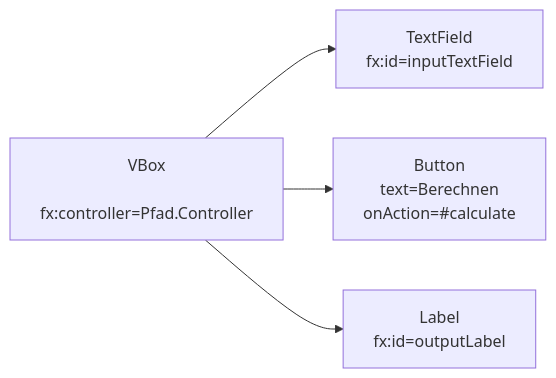
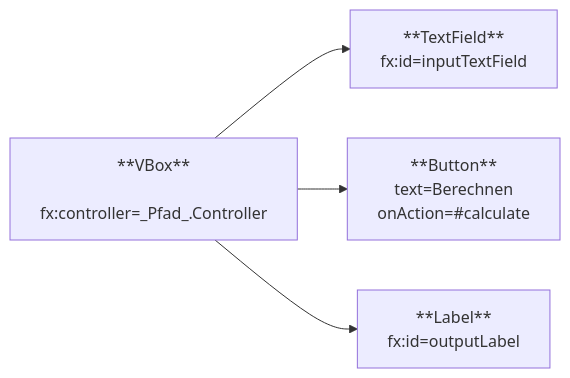
The second of 2 diagrams in docs/exercises/javafx/javafx05.md (jappuccini/java-docs), drawn with Mermaid before and after one commit. The commit also changed other lines of this file and 7 other files, not shown here.

Commit message:
Fix Mermaid for JavaFX Exercises

````diff
--- a/docs/exercises/javafx/javafx05.md
+++ b/docs/exercises/javafx/javafx05.md
@@ -53,16 +44,15 @@
 ```mermaid
 flowchart LR
-	vbox[VBox
-	     fx:controller=Pfad.Controller]
-	textfield[TextField
-	          fx:id=inputTextField]
-	button[Button
-	       text=Berechnen
-	       onAction=#calculate]
-	label[Label
-	      fx:id=outputLabel]
-
-    vbox --> textfield
-    vbox --> button
-    vbox --> label
+   vbox[**VBox**
+   fx:controller=_Pfad_.Controller]
+   textfield[**TextField**
+   fx:id=inputTextField]
+   button[**Button**
+   text=Berechnen
+   onAction=#calculate]
+   label[**Label**
+   fx:id=outputLabel]
+   vbox --> textfield
+   vbox --> button
+   vbox --> label
 ```
````
